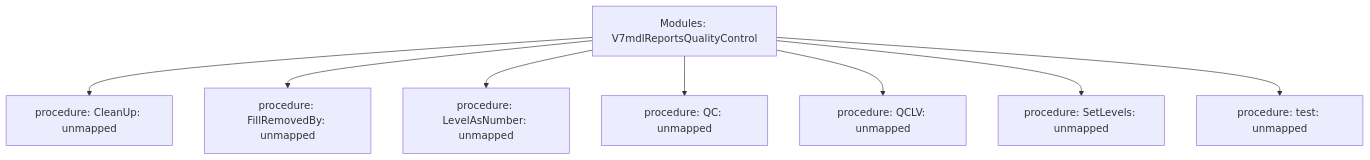
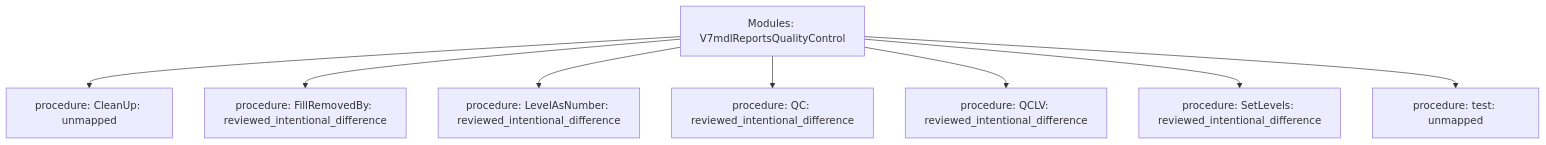
Before and after one commit to Boostao/vpro: the diagram in data-raw/parity/generated/trees/modules-v7mdlreportsqualitycontrol.mmd, drawn with Mermaid. The commit also changed 12 other files, not shown here.

```diff
--- a/data-raw/parity/generated/trees/modules-v7mdlreportsqualitycontrol.mmd
+++ b/data-raw/parity/generated/trees/modules-v7mdlreportsqualitycontrol.mmd
@@ -1,9 +1,9 @@
 flowchart TD
   root[Modules: V7mdlReportsQualityControl]
   root --> n1[procedure: CleanUp: unmapped]
-  root --> n2[procedure: FillRemovedBy: unmapped]
-  root --> n3[procedure: LevelAsNumber: unmapped]
-  root --> n4[procedure: QC: unmapped]
-  root --> n5[procedure: QCLV: unmapped]
-  root --> n6[procedure: SetLevels: unmapped]
+  root --> n2[procedure: FillRemovedBy: reviewed_intentional_difference]
+  root --> n3[procedure: LevelAsNumber: reviewed_intentional_difference]
+  root --> n4[procedure: QC: reviewed_intentional_difference]
+  root --> n5[procedure: QCLV: reviewed_intentional_difference]
+  root --> n6[procedure: SetLevels: reviewed_intentional_difference]
   root --> n7[procedure: test: unmapped]
```
